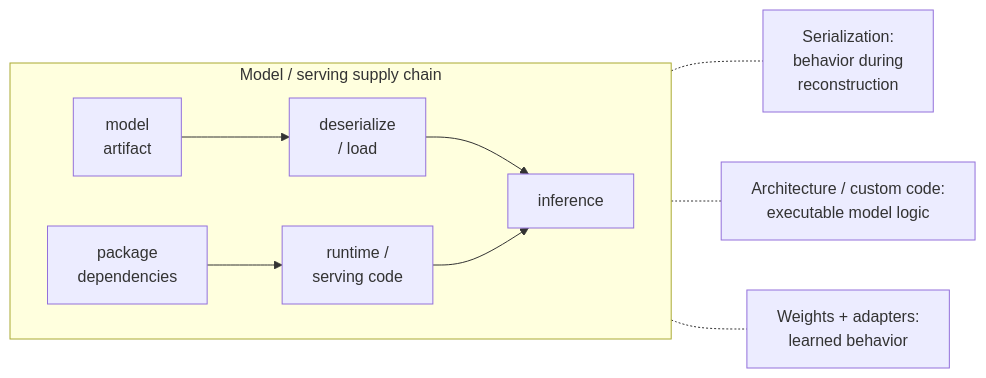
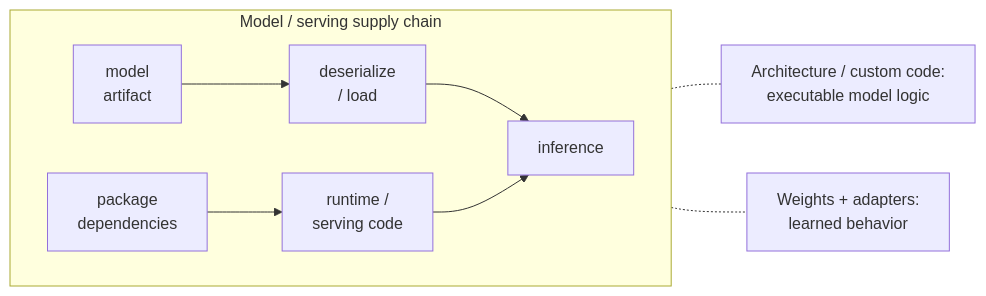
The diagram in 05_attacks_ai_supply_chain.md (jwardon/ai-security-101), drawn with Mermaid before and after one commit. The commit also changed other lines of this file, not shown here.

Commit message:
Remove redundant serialization box and fix deserialization wording

````diff
--- a/05_attacks_ai_supply_chain.md
+++ b/05_attacks_ai_supply_chain.md
@@ -9,12 +9,11 @@
 ```mermaid
 flowchart LR
     subgraph chain["Model / serving supply chain"]
         direction LR
         deps["package<br/>dependencies"] --> runtime["runtime /<br/>serving code"]
         artifact["model<br/>artifact"] --> load["deserialize<br/>/ load"] --> inference["inference"]
         runtime --> inference
     end
-    load -.- s1["Serialization:<br/>behavior during<br/>reconstruction"]
     artifact -.- s2["Architecture / custom code:<br/>executable model logic"]
     artifact -.- s3["Weights + adapters:<br/>learned behavior"]
 ```
````
